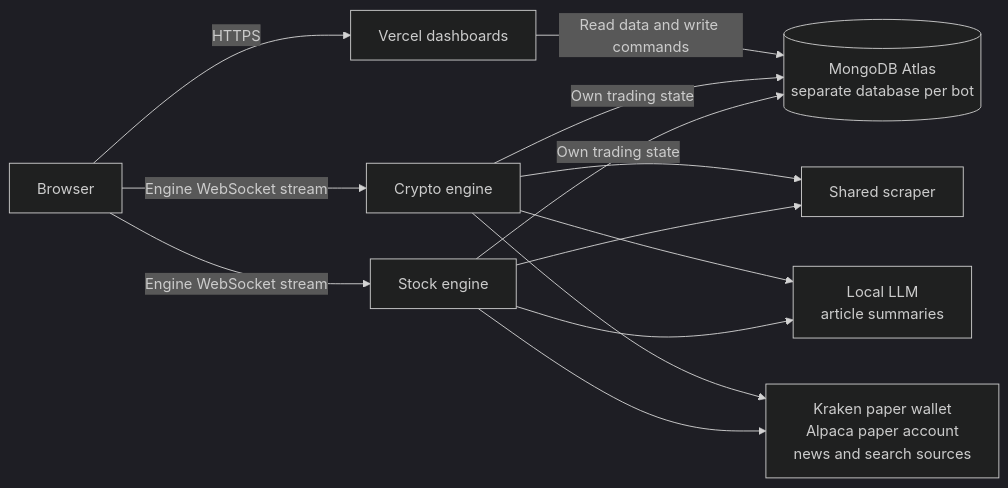
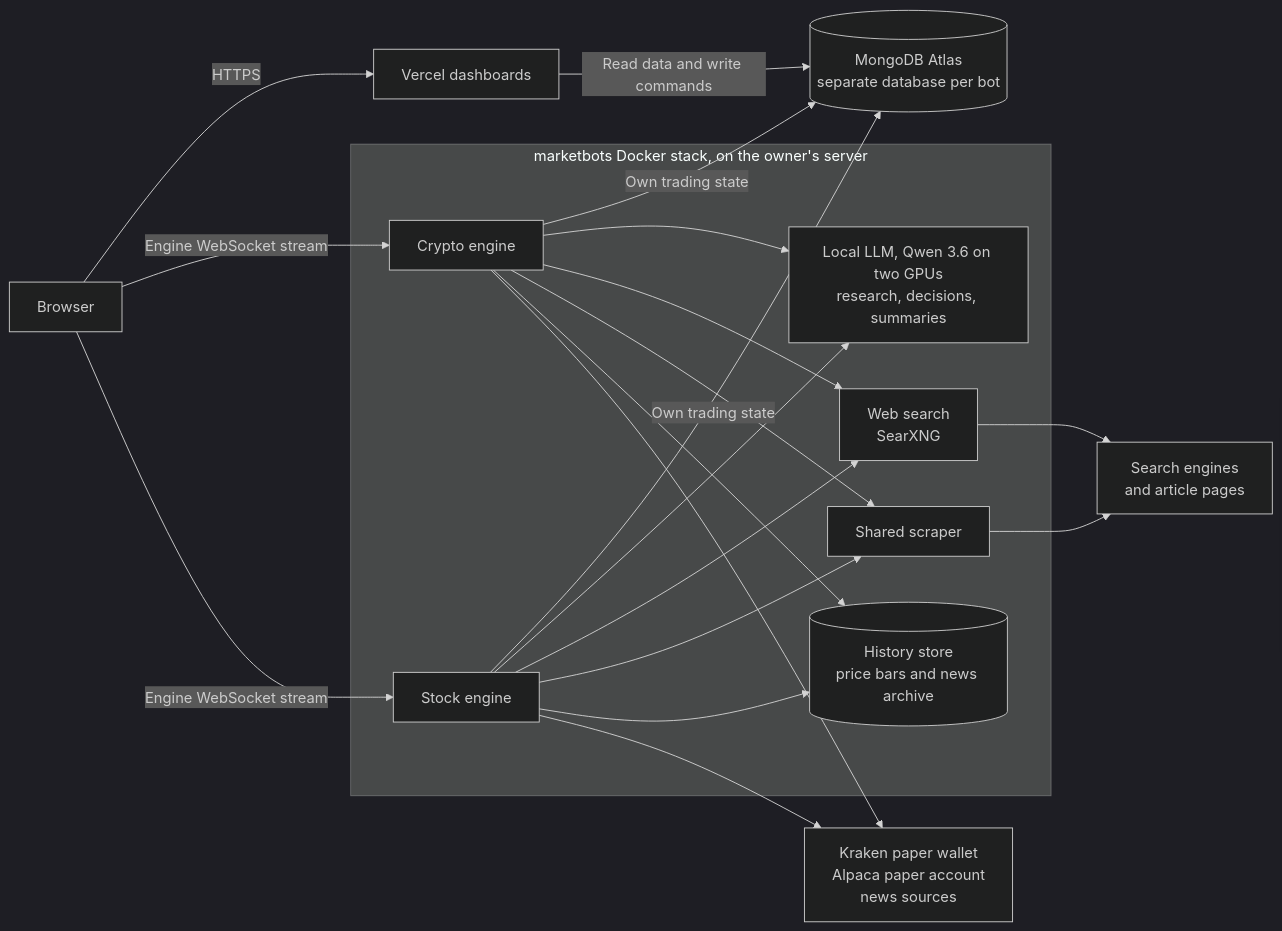
Before and after one commit to colinfran/marketbots: the diagram in README.md, drawn with Mermaid (dark theme). The commit also changed other lines of this file and 1 other file, not shown here.

Commit message:
README: the diagram shows the whole stack and what the local model does
The topology diagram groups the marketbots stack (both engines, the local
model, SearXNG search, the scraper, the history store) and labels the
model with research, decisions and summaries instead of summaries only.
The intro and the layout list name the search service and the history
store (packages/history was missing).

ARCHITECTURE.md: the model server runs every AI call, so when it's down
no new decisions are made; when search is down, cycles decide without
research.

````diff
--- a/README.md
+++ b/README.md
@@ -16,24 +16,30 @@
 ```mermaid
 flowchart LR
     browser[Browser]
     dashboards[Vercel dashboards]
-    crypto[Crypto engine]
-    stock[Stock engine]
     atlas[(MongoDB Atlas<br/>separate database per bot)]
-    scraper[Shared scraper]
-    llm[Local LLM<br/>article summaries]
-    services[Kraken paper wallet<br/>Alpaca paper account<br/>news and search sources]
+    services[Kraken paper wallet<br/>Alpaca paper account<br/>news sources]
+    internet[Search engines<br/>and article pages]
+
+    subgraph server["marketbots Docker stack, on the owner's server"]
+        crypto[Crypto engine]
+        stock[Stock engine]
+        llm[Local LLM, Qwen 3.6 on two GPUs<br/>research, decisions, summaries]
+        search[Web search<br/>SearXNG]
+        scraper[Shared scraper]
+        history[(History store<br/>price bars and news archive)]
+    end
 
     browser -->|HTTPS| dashboards
     dashboards -->|Read data and write commands| atlas
     browser -->|Engine WebSocket stream| crypto
     browser -->|Engine WebSocket stream| stock
     crypto -->|Own trading state| atlas
     stock -->|Own trading state| atlas
-    crypto --> scraper
-    stock --> scraper
-    crypto --> llm
-    stock --> llm
-    crypto --> services
-    stock --> services
+    crypto & stock --> llm
+    crypto & stock --> search
+    crypto & stock --> scraper
+    crypto & stock --> history
+    crypto & stock --> services
+    search & scraper --> internet
 ```
````
